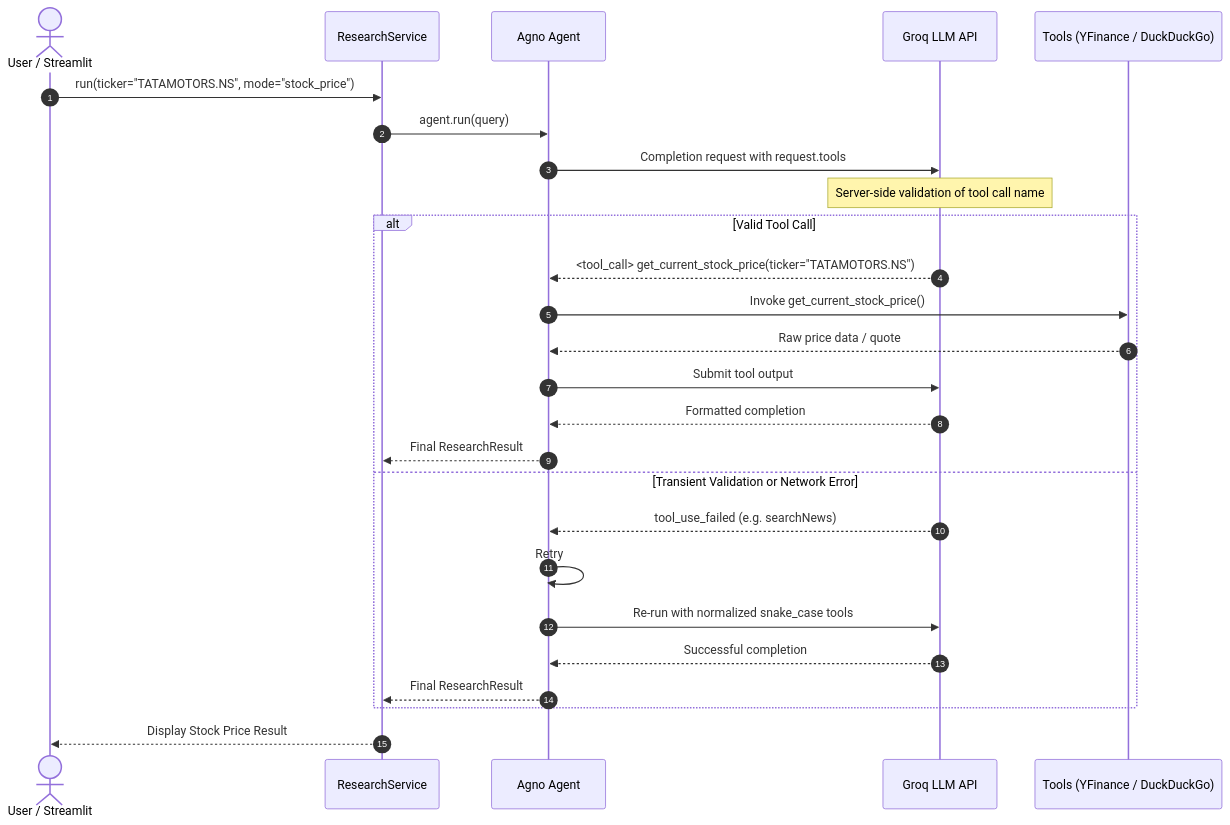
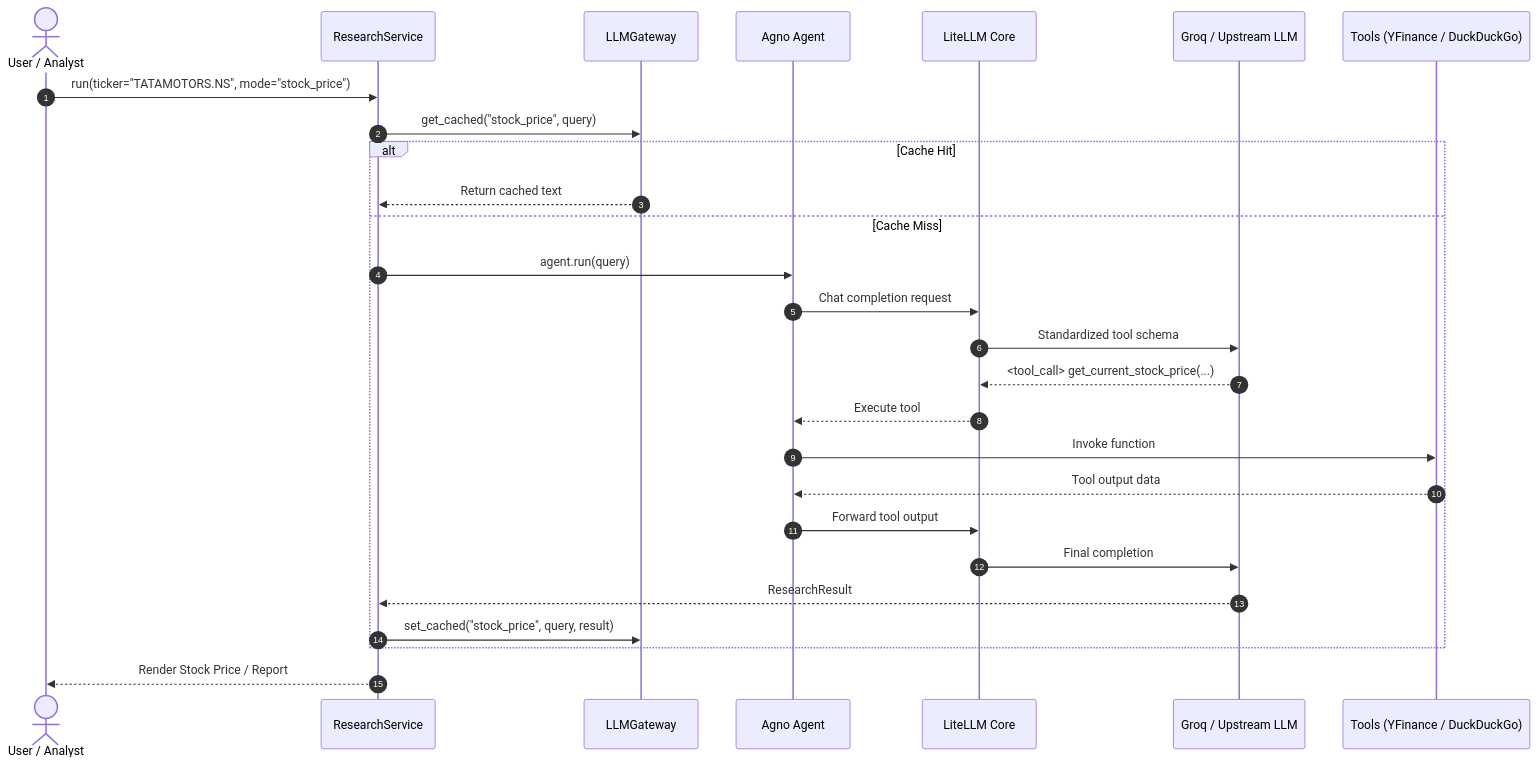
Before and after one commit to NitinTiwari/Investment-Research: the fourth of 4 diagrams in README.md, drawn with Mermaid. The commit also changed other lines of this file and 10 other files, not shown here.

Commit message:
added liteLLM

````diff
--- a/README.md
+++ b/README.md
@@ -216,29 +286,30 @@
 ```mermaid
 sequenceDiagram
     autonumber
-    actor User as User / Streamlit
+    actor User as User / Analyst
     participant RS as ResearchService
+    participant GW as LLMGateway
     participant Agent as Agno Agent
-    participant Groq as Groq LLM API
+    participant Lite as LiteLLM Core
+    participant Upstream as Groq / Upstream LLM
     participant Tools as Tools (YFinance / DuckDuckGo)
 
     User->>RS: run(ticker="TATAMOTORS.NS", mode="stock_price")
-    RS->>Agent: agent.run(query)
-    Agent->>Groq: Completion request with request.tools
-    Note over Groq: Server-side validation of tool call name
-    alt Valid Tool Call
-        Groq-->>Agent: <tool_call> get_current_stock_price(ticker="TATAMOTORS.NS")
-        Agent->>Tools: Invoke get_current_stock_price()
-        Tools-->>Agent: Raw price data / quote
-        Agent->>Groq: Submit tool output
-        Groq-->>Agent: Formatted completion
-        Agent-->>RS: Final ResearchResult
-    else Transient Validation or Network Error
-        Groq-->>Agent: tool_use_failed (e.g. searchNews)
-        Agent->>Agent: Retry #1 (background retry)
-        Agent->>Groq: Re-run with normalized snake_case tools
-        Groq-->>Agent: Successful completion
-        Agent-->>RS: Final ResearchResult
+    RS->>GW: get_cached("stock_price", query)
+    alt Cache Hit
+        GW-->>RS: Return cached text
+    else Cache Miss
+        RS->>Agent: agent.run(query)
+        Agent->>Lite: Chat completion request
+        Lite->>Upstream: Standardized tool schema
+        Upstream-->>Lite: <tool_call> get_current_stock_price(...)
+        Lite-->>Agent: Execute tool
+        Agent->>Tools: Invoke function
+        Tools-->>Agent: Tool output data
+        Agent->>Lite: Forward tool output
+        Lite->>Upstream: Final completion
+        Upstream-->>RS: ResearchResult
+        RS->>GW: set_cached("stock_price", query, result)
     end
-    RS-->>User: Display Stock Price Result
+    RS-->>User: Render Stock Price / Report
 ```
````
